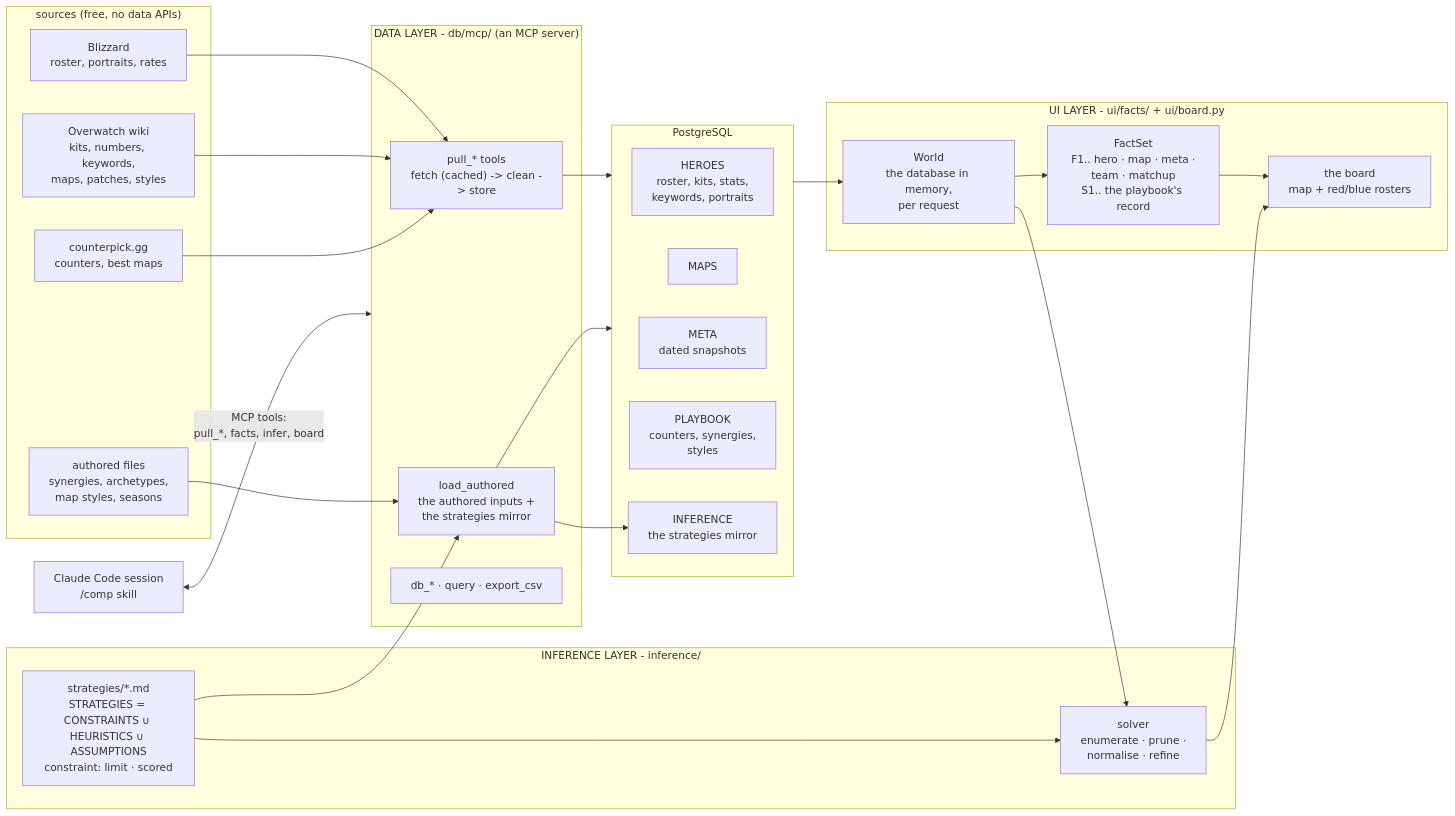
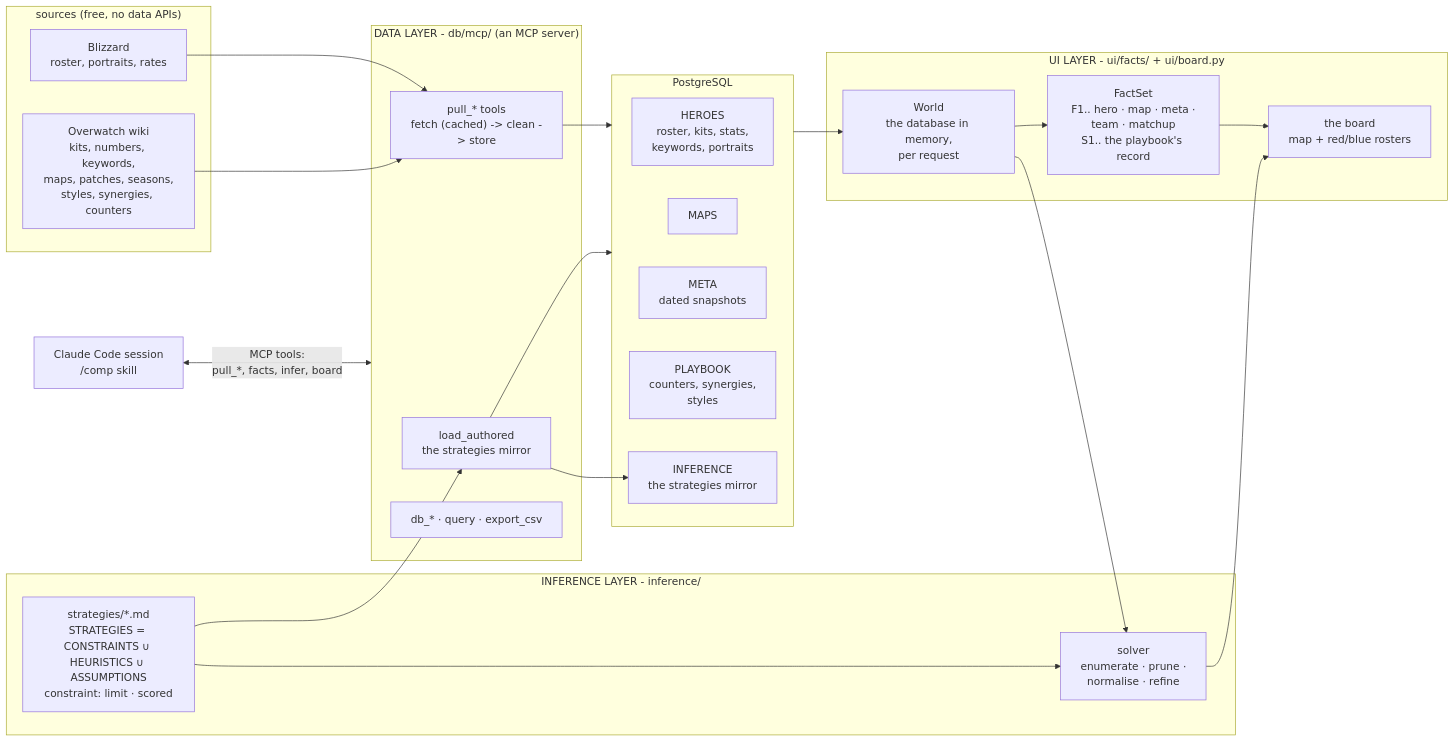
The first of 2 diagrams in docs/architecture.md (mmikol/counter-utility-matrix), drawn with Mermaid before and after one commit. The commit also changed other lines of this file and 91 other files, not shown here.

First line of the commit message:
Data in, strategies and weights the only user input; the wiki replaces counterpick

````diff
--- a/docs/architecture.md
+++ b/docs/architecture.md
@@ -38,45 +38,42 @@
 ```mermaid
 flowchart LR
     subgraph SOURCES["sources (free, no data APIs)"]
         BLZ["Blizzard<br/>roster, portraits, rates"]
-        WIKI["Overwatch wiki<br/>kits, numbers, keywords,<br/>maps, patches, styles"]
-        CPK["counterpick.gg<br/>counters, best maps"]
-        CSV["authored files<br/>synergies, archetypes,<br/>map styles, seasons"]
+        WIKI["Overwatch wiki<br/>kits, numbers, keywords,<br/>maps, patches, seasons,<br/>styles, synergies, counters"]
     end
 
     subgraph DATA["DATA LAYER - db/mcp/ (an MCP server)"]
         PULL["pull_* tools<br/>fetch (cached) -> clean -> store"]
-        PLAY["load_authored<br/>the authored inputs +<br/>the strategies mirror"]
+        PLAY["load_authored<br/>the strategies mirror"]
         DBT["db_* · query · export_csv"]
     end
 
     subgraph PG["PostgreSQL"]
         HEROES["HEROES<br/>roster, kits, stats,<br/>keywords, portraits"]
         MAPS["MAPS"]
         META["META<br/>dated snapshots"]
         PLAYBOOK["PLAYBOOK<br/>counters, synergies,<br/>styles"]
         INF["INFERENCE<br/>the strategies mirror"]
     end
 
     subgraph USER["UI LAYER - ui/facts/ + ui/board.py"]
         WORLD["World<br/>the database in memory,<br/>per request"]
         FACTS["FactSet<br/>F1.. hero · map · meta ·<br/>team · matchup<br/>S1.. the playbook's record"]
         BOARD["the board<br/>map + red/blue rosters"]
     end
 
     subgraph INFER["INFERENCE LAYER - inference/"]
         HEUR["strategies/*.md<br/>STRATEGIES = CONSTRAINTS ∪ HEURISTICS ∪ ASSUMPTIONS<br/>constraint: limit · scored"]
         SOLVER["solver<br/>enumerate · prune ·<br/>normalise · refine"]
     end
 
-    BLZ & WIKI & CPK --> PULL
-    CSV --> PLAY
+    BLZ & WIKI --> PULL
     HEUR --> PLAY
     PLAY --> INF
     PULL & PLAY --> PG
     PG --> WORLD --> FACTS --> BOARD
     WORLD --> SOLVER
     HEUR --> SOLVER
     SOLVER --> BOARD
     CHAT["Claude Code session<br/>/comp skill"] <-->|"MCP tools:<br/>pull_*, facts, infer, board"| DATA
 ```
````
